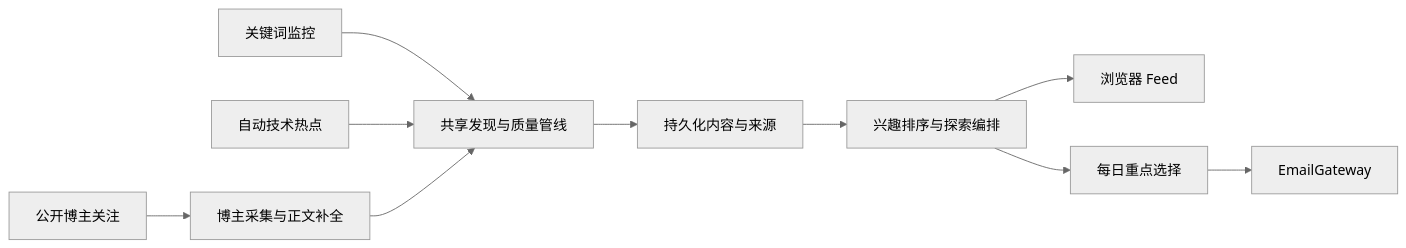
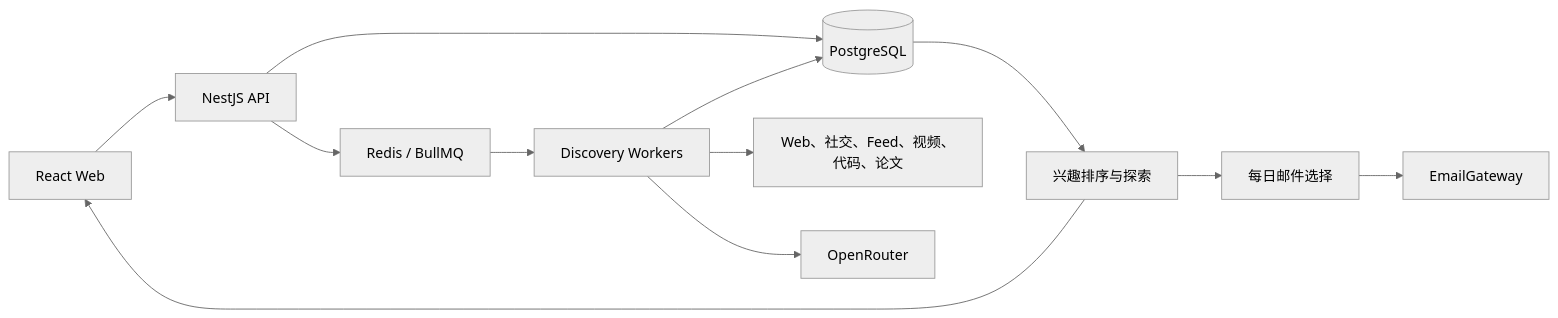
Before and after one commit to sawaki-zexi/LetterMate: the diagram in docs/design.md, drawn with Mermaid (neutral theme). The commit also changed other lines of this file and 70 other files, not shown here.

````diff
--- a/docs/design.md
+++ b/docs/design.md
@@ -24,12 +11,14 @@
 ```mermaid
 flowchart LR
-    Topic["关键词监控"] --> Discover["共享发现与质量管线"]
-    Trend["自动技术热点"] --> Discover
-    Creator["公开博主关注"] --> CreatorIngest["博主采集与正文补全"]
-    CreatorIngest --> Discover
-    Discover --> Store["持久化内容与来源"]
-    Store --> Rank["兴趣排序与探索编排"]
-    Rank --> Feed["浏览器 Feed"]
-    Rank --> Digest["每日重点选择"]
+    Web["React Web"] --> API["NestJS API"]
+    API --> DB[(PostgreSQL)]
+    API --> Queue["Redis / BullMQ"]
+    Queue --> Worker["Discovery Workers"]
+    Worker --> Sources["Web、社交、Feed、视频、代码、论文"]
+    Worker --> AI["OpenRouter"]
+    Worker --> DB
+    DB --> Rank["兴趣排序与探索"]
+    Rank --> Web
+    Rank --> Digest["每日邮件选择"]
     Digest --> Email["EmailGateway"]
 ```
````
